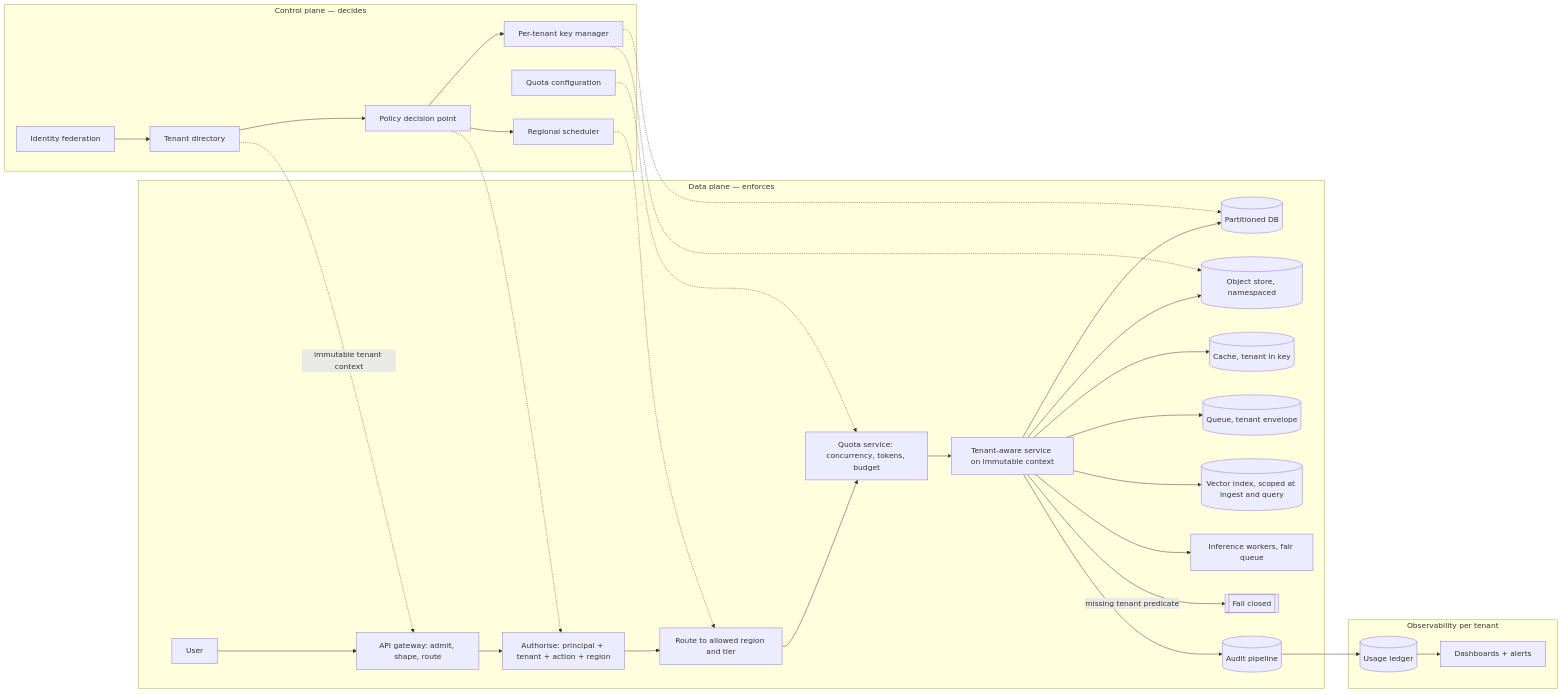
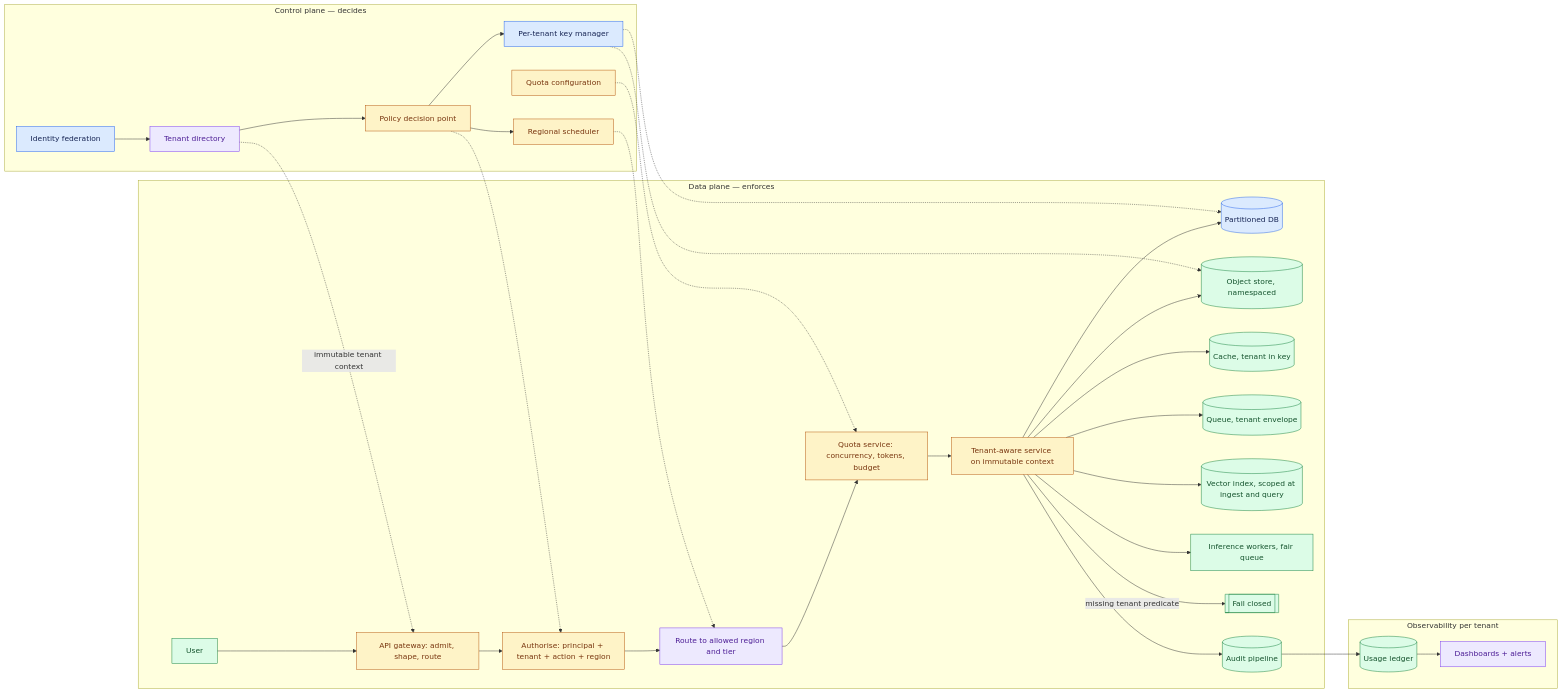
The third of 5 diagrams in site/content/modules/15-fde-case-studies/platforms-and-scale/secure-multi-tenant-ai-platform/full-pack-part-2.md (Sourav692/Forward-Deployed-Engineer-Interview-Prep), drawn with Mermaid before and after one commit. The commit also changed other lines of this file and 1268 other files, not shown here.

First line of the commit message:
content: polish Casebook writing and Mermaid diagrams (#251)

````diff
--- a/site/content/modules/15-fde-case-studies/platforms-and-scale/secure-multi-tenant-ai-platform/full-pack-part-2.md
+++ b/site/content/modules/15-fde-case-studies/platforms-and-scale/secure-multi-tenant-ai-platform/full-pack-part-2.md
@@ -40,35 +81,45 @@
 ```mermaid
 flowchart LR
     subgraph CP[Control plane — decides]
         IF[Identity federation] --> TD[Tenant directory] --> PDP[Policy decision point]
         PDP --> RS[Regional scheduler]
         PDP --> KM[Per-tenant key manager]
         QC[Quota configuration]
     end
 
     subgraph DP[Data plane — enforces]
         U[User] --> GW[API gateway: admit, shape, route]
         GW --> AUTH[Authorise: principal + tenant + action + region]
         AUTH --> RT[Route to allowed region and tier]
         RT --> Q[Quota service: concurrency, tokens, budget]
         Q --> SVC[Tenant-aware service on immutable context]
         SVC --> DB[(Partitioned DB)]
         SVC --> OBJ[(Object store, namespaced)]
         SVC --> CACHE[(Cache, tenant in key)]
         SVC --> MQ[(Queue, tenant envelope)]
         SVC --> VEC[(Vector index, scoped at ingest and query)]
         SVC --> INF[Inference workers, fair queue]
         SVC -- missing tenant predicate --> FC[[Fail closed]]
         SVC --> AUD[(Audit pipeline)]
     end
 
     subgraph OBS[Observability per tenant]
         AUD --> LED[(Usage ledger)] --> DASH[Dashboards + alerts]
     end
 
     TD -. immutable tenant context .-> GW
     PDP -.-> AUTH
     RS -.-> RT
     QC -.-> Q
     KM -.-> DB & OBJ
+
+    %% Casebook colours: entry, reasoning, results, controls, and stopped paths.
+    classDef cbInput fill:#dbeafe,stroke:#2563eb,color:#172554
+    class IF,KM,DB cbInput
+    classDef cbReason fill:#ede9fe,stroke:#7c3aed,color:#4c1d95
+    class TD,RT,DASH cbReason
+    classDef cbPolicy fill:#fef3c7,stroke:#b45309,color:#78350f
+    class PDP,RS,QC,GW,AUTH,Q,SVC cbPolicy
+    classDef cbAction fill:#dcfce7,stroke:#15803d,color:#14532d
+    class U,OBJ,CACHE,MQ,VEC,INF,FC,AUD,LED cbAction
 ```
````
